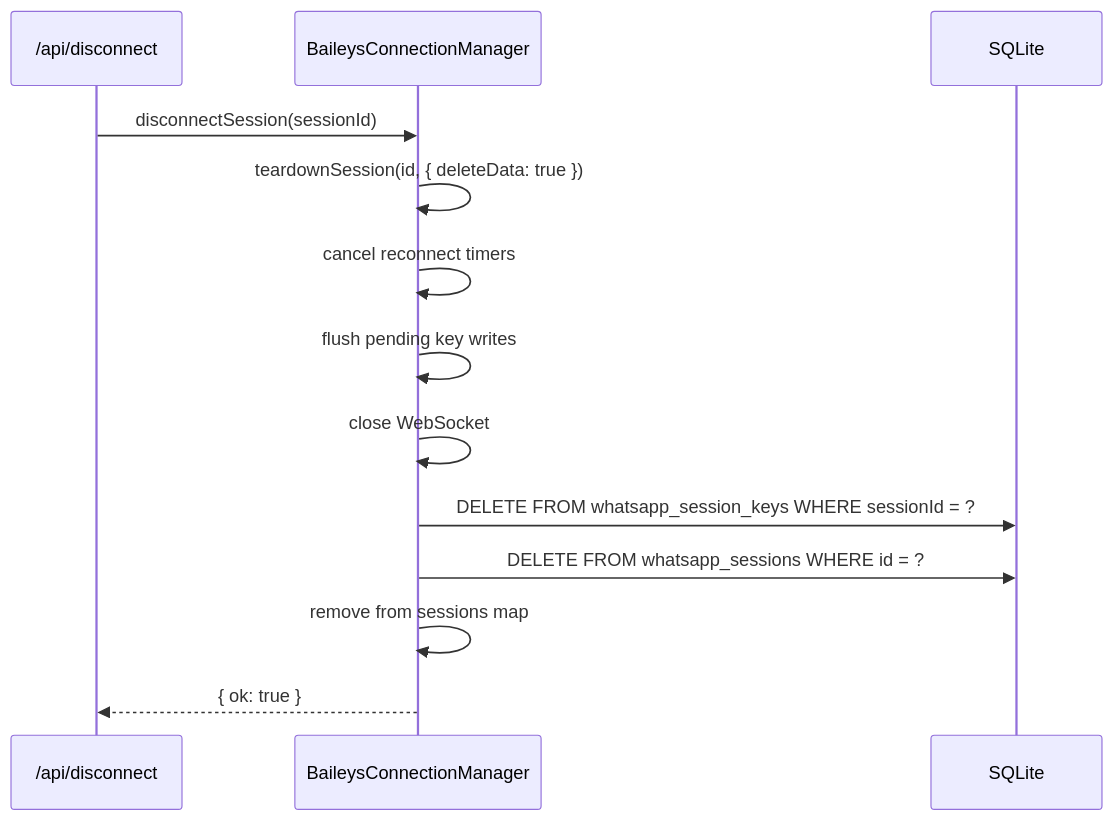
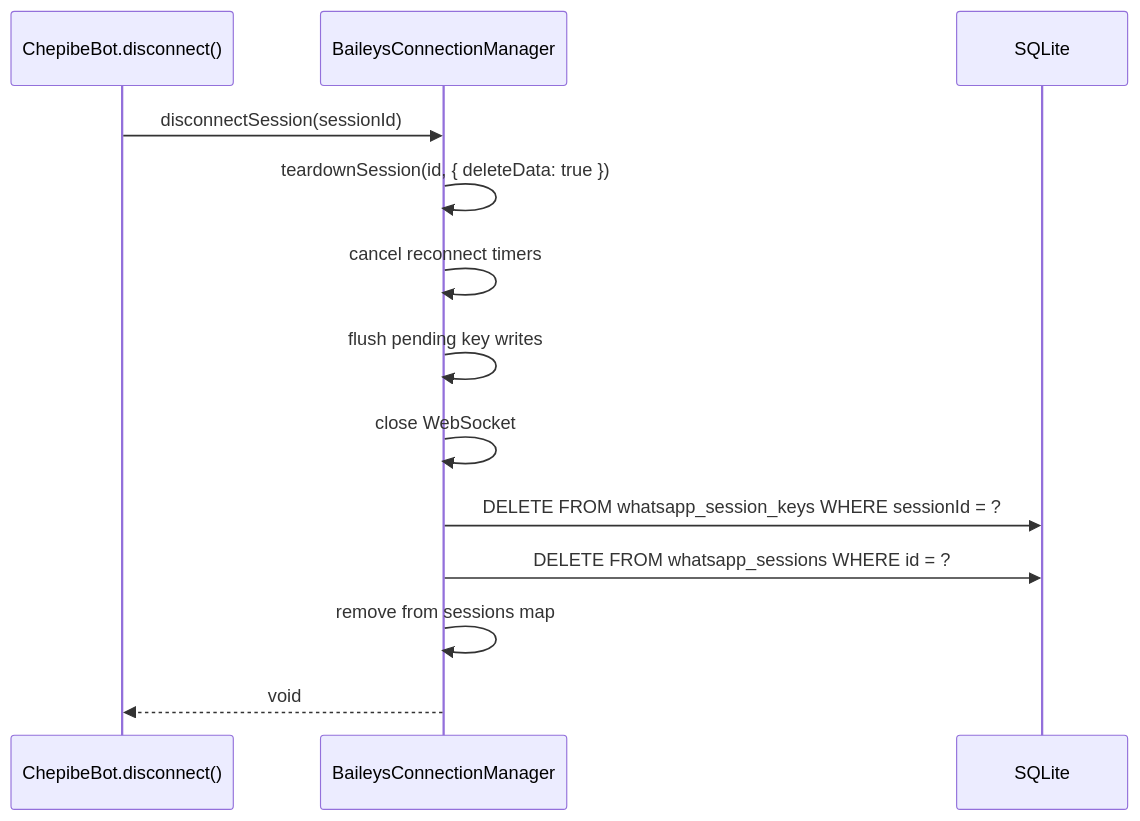
One commit to Fibra-Labs/chepibe-personal changed the seventh of 8 diagrams in docs/whatsapp-session-lifecycle.md. Above: the diagram before and after it, drawn with Mermaid. The commit also changed other lines of this file and 35 other files, not shown here.

````diff
--- a/docs/whatsapp-session-lifecycle.md
+++ b/docs/whatsapp-session-lifecycle.md
@@ -169,16 +169,16 @@
 ```mermaid
 sequenceDiagram
-    participant API as /api/disconnect
+    participant BOT as ChepibeBot.disconnect()
     participant MGR as BaileysConnectionManager
     participant DB as SQLite
 
-    API->>MGR: disconnectSession(sessionId)
+    BOT->>MGR: disconnectSession(sessionId)
     MGR->>MGR: teardownSession(id, { deleteData: true })
     MGR->>MGR: cancel reconnect timers
     MGR->>MGR: flush pending key writes
     MGR->>MGR: close WebSocket
     MGR->>DB: DELETE FROM whatsapp_session_keys WHERE sessionId = ?
     MGR->>DB: DELETE FROM whatsapp_sessions WHERE id = ?
     MGR->>MGR: remove from sessions map
-    MGR-->>API: { ok: true }
+    MGR-->>BOT: void
 ```
````
